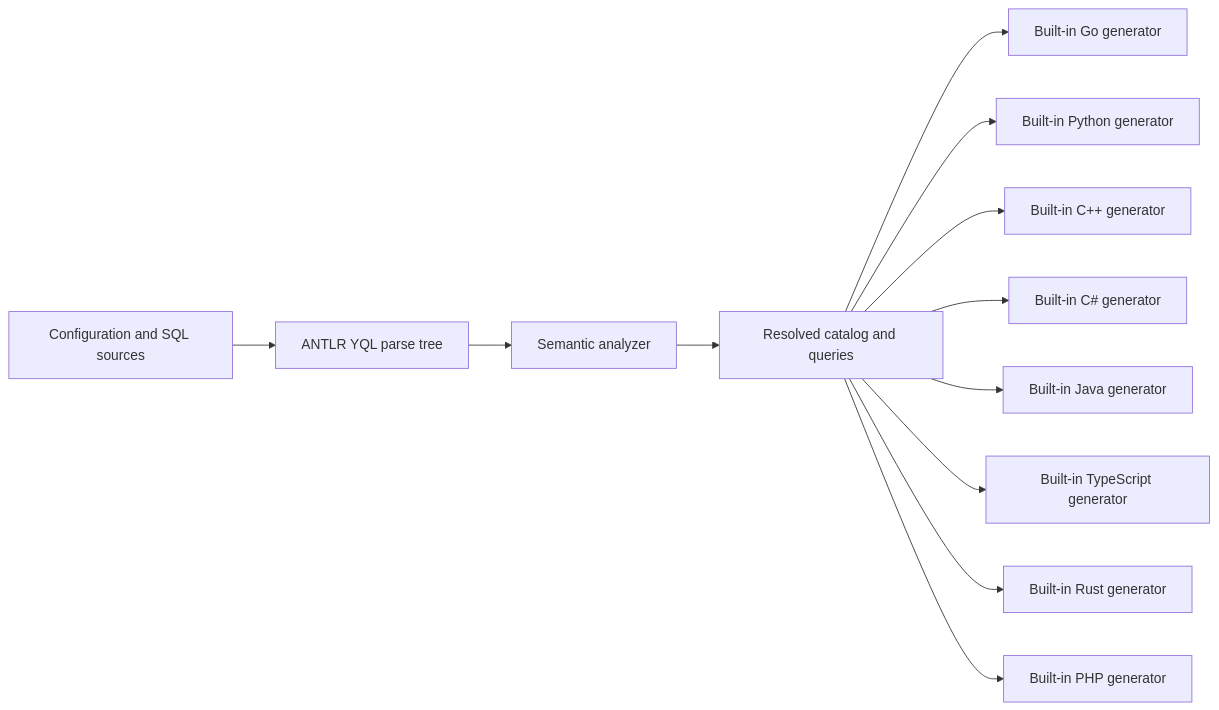
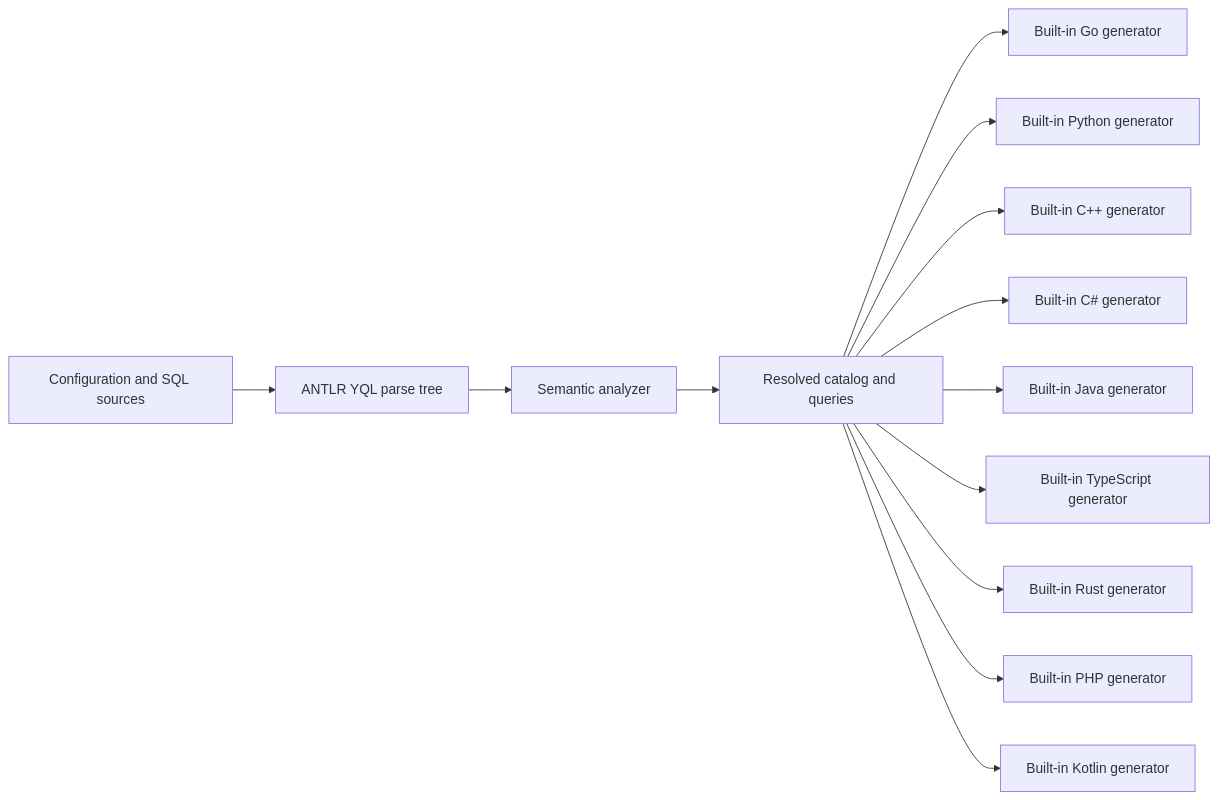
One commit to ydb-platform/sqlc-ydb changed the diagram in .agents/architecture.md. Above: the diagram before and after it, drawn with Mermaid. The commit also changed other lines of this file and 58 other files, not shown here.

````diff
--- a/.agents/architecture.md
+++ b/.agents/architecture.md
@@ -3,14 +3,15 @@
 ```mermaid
 flowchart LR
   A[Configuration and SQL sources] --> B[ANTLR YQL parse tree]
   B --> C[Semantic analyzer]
   C --> D[Resolved catalog and queries]
   D --> E[Built-in Go generator]
   D --> F[Built-in Python generator]
   D --> G[Built-in C++ generator]
   D --> H[Built-in C# generator]
   D --> I[Built-in Java generator]
   D --> J[Built-in TypeScript generator]
   D --> K[Built-in Rust generator]
   D --> L[Built-in PHP generator]
+  D --> M[Built-in Kotlin generator]
 ```
````
